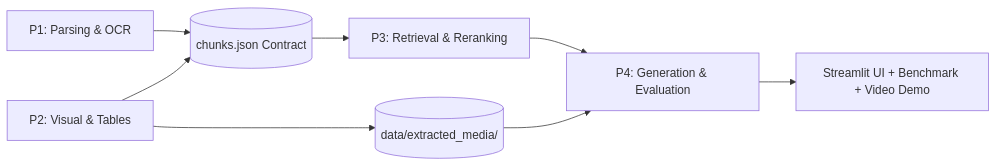
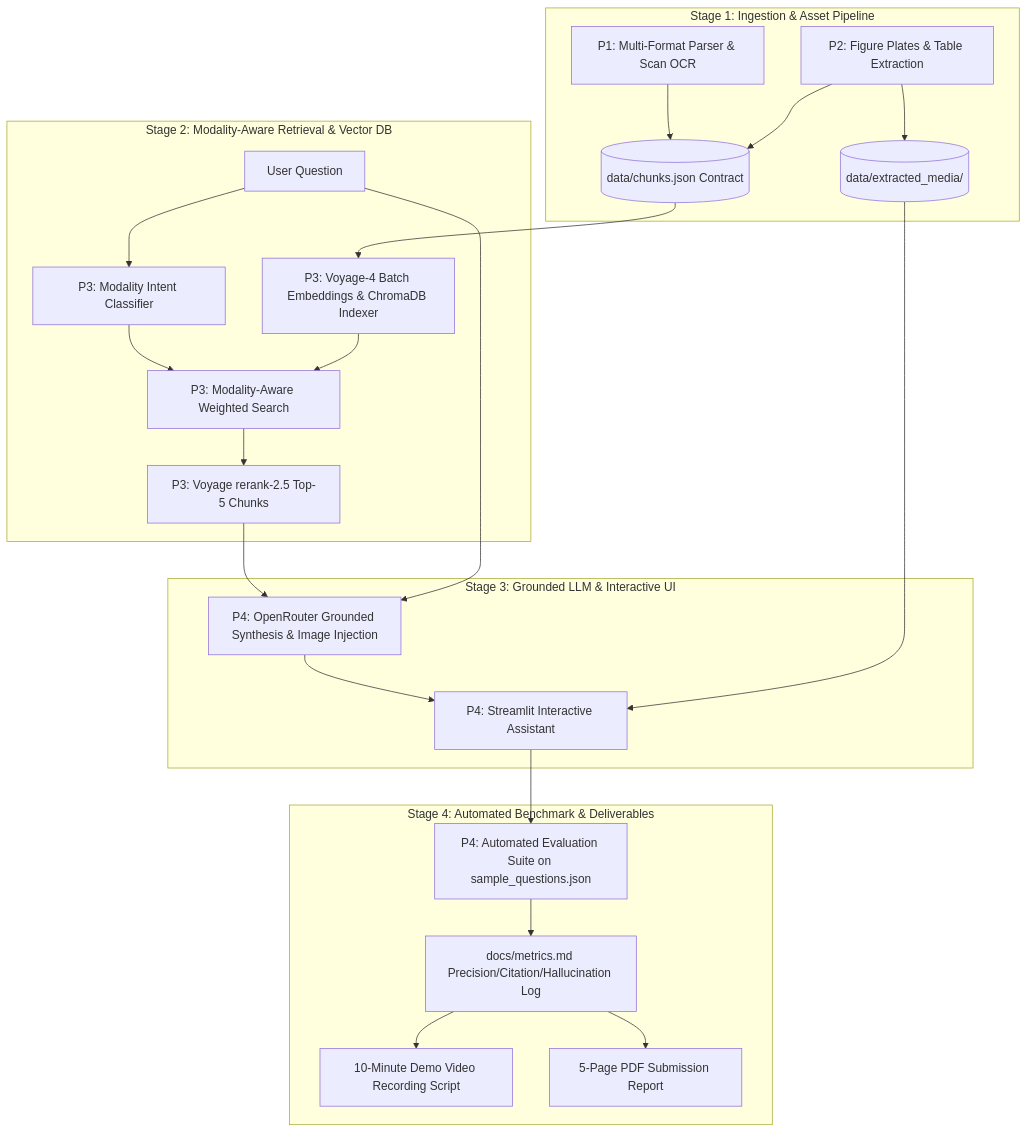
The diagram in docs/workflows/TEAM_WORKFLOW.md (IT25101463/DeepThink), drawn with Mermaid before and after one commit. The commit also changed other lines of this file and 6 other files, not shown here.

````diff
--- a/docs/workflows/TEAM_WORKFLOW.md
+++ b/docs/workflows/TEAM_WORKFLOW.md
@@ -28,10 +23,30 @@
 ```mermaid
-flowchart LR
-    P1[P1: Parsing & OCR] --> ChunksContract[(chunks.json Contract)]
-    P2[P2: Visual & Tables] --> ChunksContract
-    P2 --> MediaStore[(data/extracted_media/)]
-    ChunksContract --> P3[P3: Retrieval & Reranking]
-    P3 --> P4[P4: Generation & Evaluation]
-    MediaStore --> P4
-    P4 --> Demo[Streamlit UI + Benchmark + Video Demo]
+flowchart TD
+    subgraph Stage 1 [Stage 1: Ingestion & Asset Pipeline]
+        P1[P1: Multi-Format Parser & Scan OCR] --> ChunksContract[(data/chunks.json Contract)]
+        P2[P2: Figure Plates & Table Extraction] --> ChunksContract
+        P2 --> MediaStore[(data/extracted_media/)]
+    end
+
+    subgraph Stage 2 [Stage 2: Modality-Aware Retrieval & Vector DB]
+        ChunksContract --> P3Index[P3: Voyage-4 Batch Embeddings & ChromaDB Indexer]
+        UserQuery[User Question] --> IntentRouter[P3: Modality Intent Classifier]
+        IntentRouter --> HybridSearch[P3: Modality-Aware Weighted Search]
+        P3Index --> HybridSearch
+        HybridSearch --> Rerank[P3: Voyage rerank-2.5 Top-5 Chunks]
+    end
+
+    subgraph Stage 3 [Stage 3: Grounded LLM & Interactive UI]
+        Rerank --> LLMGen[P4: OpenRouter Grounded Synthesis & Image Injection]
+        UserQuery --> LLMGen
+        LLMGen --> StreamlitApp[P4: Streamlit Interactive Assistant]
+        MediaStore --> StreamlitApp
+    end
+
+    subgraph Stage 4 [Stage 4: Automated Benchmark & Deliverables]
+        StreamlitApp --> Benchmark[P4: Automated Evaluation Suite on sample_questions.json]
+        Benchmark --> MetricsDoc[docs/metrics.md Precision/Citation/Hallucination Log]
+        MetricsDoc --> VideoScript[10-Minute Demo Video Recording Script]
+        MetricsDoc --> FinalReport[5-Page PDF Submission Report]
+    end
 ```
````
